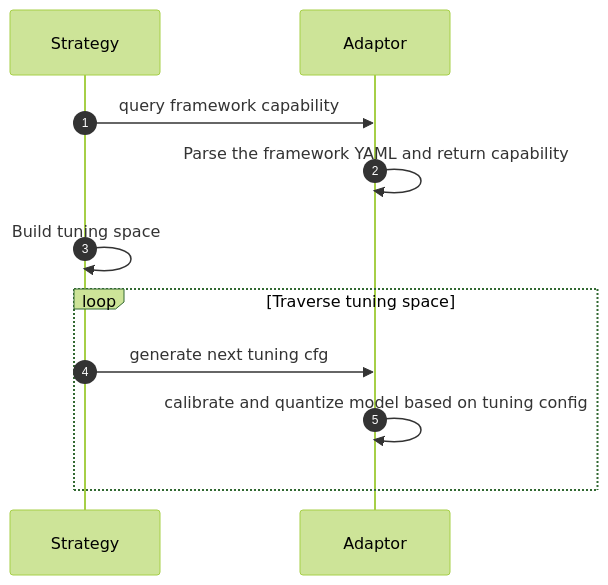
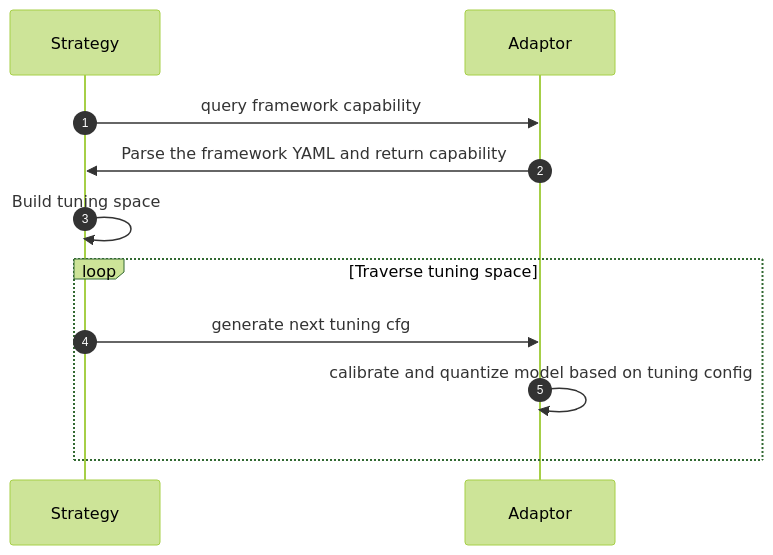
Before and after one commit to intel/neural-compressor: the diagram in docs/source/add_new_data_type.md, drawn with Mermaid (forest theme).

Commit message:
correct typos

````diff
--- a/docs/source/add_new_data_type.md
+++ b/docs/source/add_new_data_type.md
@@ -20,12 +20,12 @@
 ```mermaid
   sequenceDiagram
   	autonumber
     Strategy ->> Adaptor: query framework capability
-    Adaptor ->> Adaptor: Parse the framework YAML and return capability
+    Adaptor ->> Strategy: Parse the framework YAML and return capability
     Strategy ->> Strategy: Build tuning space
     loop Traverse tuning space
     	Strategy->> Adaptor: generate next tuning cfg
         Adaptor ->> Adaptor: calibrate and quantize model based on tuning config
 
     end
 ```
````
